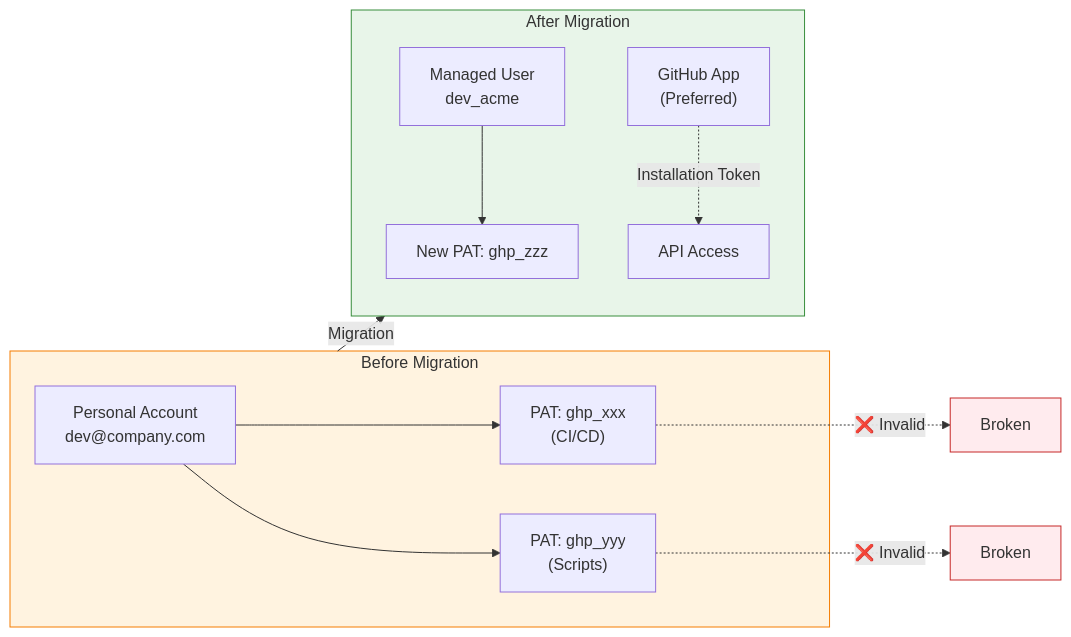
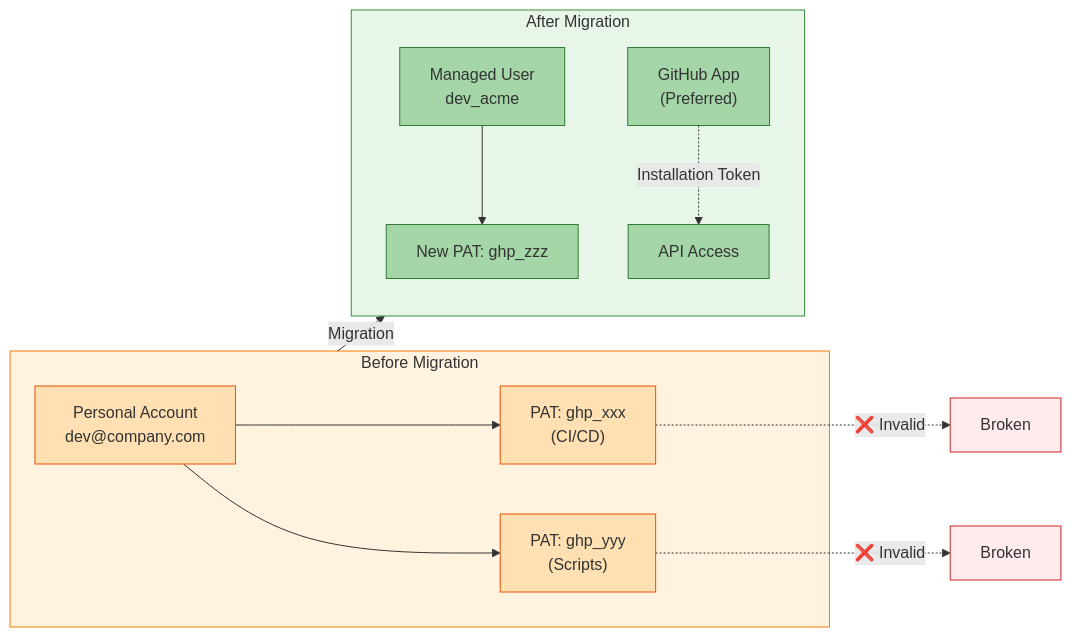
The ninth of 11 diagrams in _posts/2026-01-14-migrating-to-github-enterprise-managed-users.md (jmassardo/jmassardo.github.io), drawn with Mermaid before and after one commit. The commit also changed other lines of this file and 12 other files, not shown here.

````diff
--- a/_posts/2026-01-14-migrating-to-github-enterprise-managed-users.md
+++ b/_posts/2026-01-14-migrating-to-github-enterprise-managed-users.md
@@ -1134,27 +1179,34 @@
 ```mermaid
 flowchart LR
     subgraph Before["Before Migration"]
         PA["Personal Account<br/>dev@company.com"]
         PAT1["PAT: ghp_xxx<br/>(CI/CD)"]
         PAT2["PAT: ghp_yyy<br/>(Scripts)"]
         PA --> PAT1
         PA --> PAT2
     end
     
     subgraph After["After Migration"]
         MA["Managed User<br/>dev_acme"]
         NPAT["New PAT: ghp_zzz"]
         GA["GitHub App<br/>(Preferred)"]
         MA --> NPAT
         GA -.->|"Installation Token"| API["API Access"]
     end
     
     Before -->|"Migration"| After
     PAT1 -.->|"❌ Invalid"| X1["Broken"]
     PAT2 -.->|"❌ Invalid"| X2["Broken"]
     
-    style Before fill:#fff3e0,stroke:#f57c00
-    style After fill:#e8f5e9,stroke:#388e3c
-    style X1 fill:#ffebee,stroke:#c62828
-    style X2 fill:#ffebee,stroke:#c62828
+    style Before fill:#fff3e0,stroke:#f57c00,color:#333
+    style After fill:#e8f5e9,stroke:#388e3c,color:#333
+    style X1 fill:#ffebee,stroke:#c62828,color:#333
+    style X2 fill:#ffebee,stroke:#c62828,color:#333
+    style PA fill:#ffe0b2,stroke:#e65100,color:#333
+    style PAT1 fill:#ffe0b2,stroke:#e65100,color:#333
+    style PAT2 fill:#ffe0b2,stroke:#e65100,color:#333
+    style MA fill:#a5d6a7,stroke:#2e7d32,color:#333
+    style NPAT fill:#a5d6a7,stroke:#2e7d32,color:#333
+    style GA fill:#a5d6a7,stroke:#2e7d32,color:#333
+    style API fill:#a5d6a7,stroke:#2e7d32,color:#333
 ```
````
